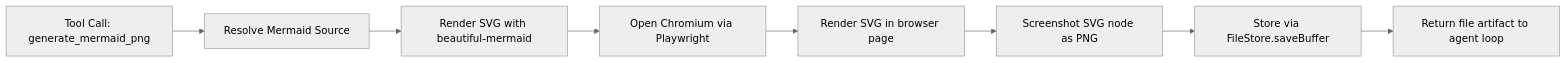
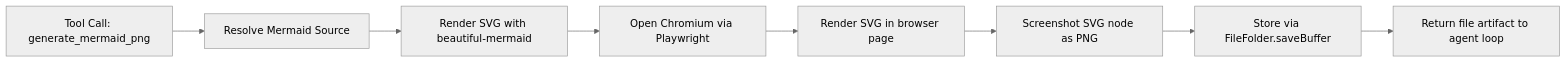
The diagram in doc/internals/mermaid-png-tool.md (ex3ndr/daycare), drawn with Mermaid (neutral theme) before and after one commit. The commit also changed other lines of this file and 48 other files, not shown here.

````diff
--- a/doc/internals/mermaid-png-tool.md
+++ b/doc/internals/mermaid-png-tool.md
@@ -19,10 +19,10 @@
 ```mermaid
 flowchart LR
   A[Tool Call: generate_mermaid_png] --> B[Resolve Mermaid Source]
   B --> C[Render SVG with beautiful-mermaid]
   C --> D[Open Chromium via Playwright]
   D --> E[Render SVG in browser page]
   E --> F[Screenshot SVG node as PNG]
-  F --> G[Store via FileStore.saveBuffer]
+  F --> G[Store via FileFolder.saveBuffer]
   G --> H[Return file artifact to agent loop]
 ```
````
